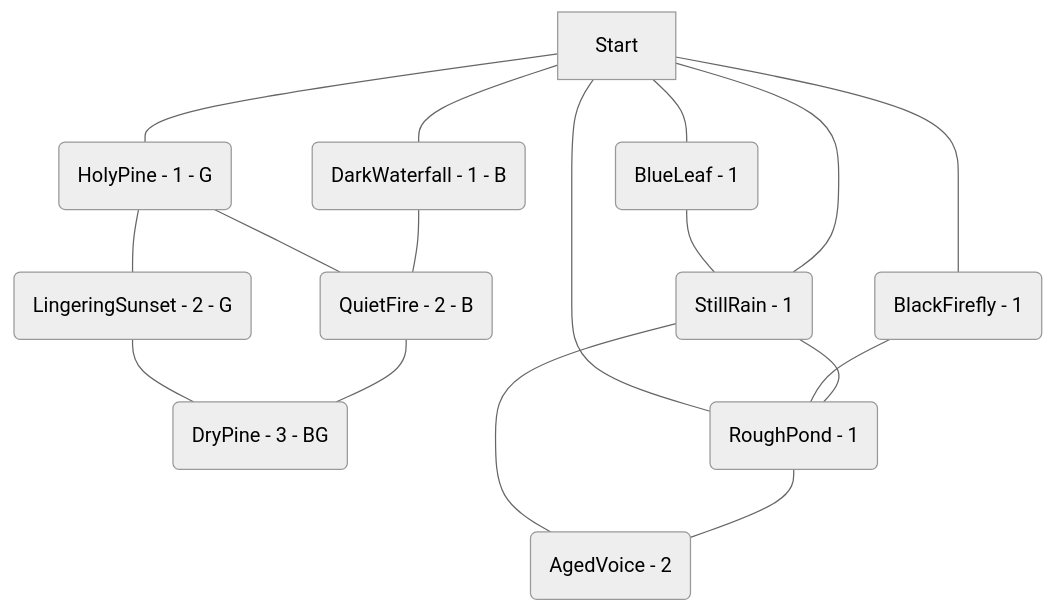
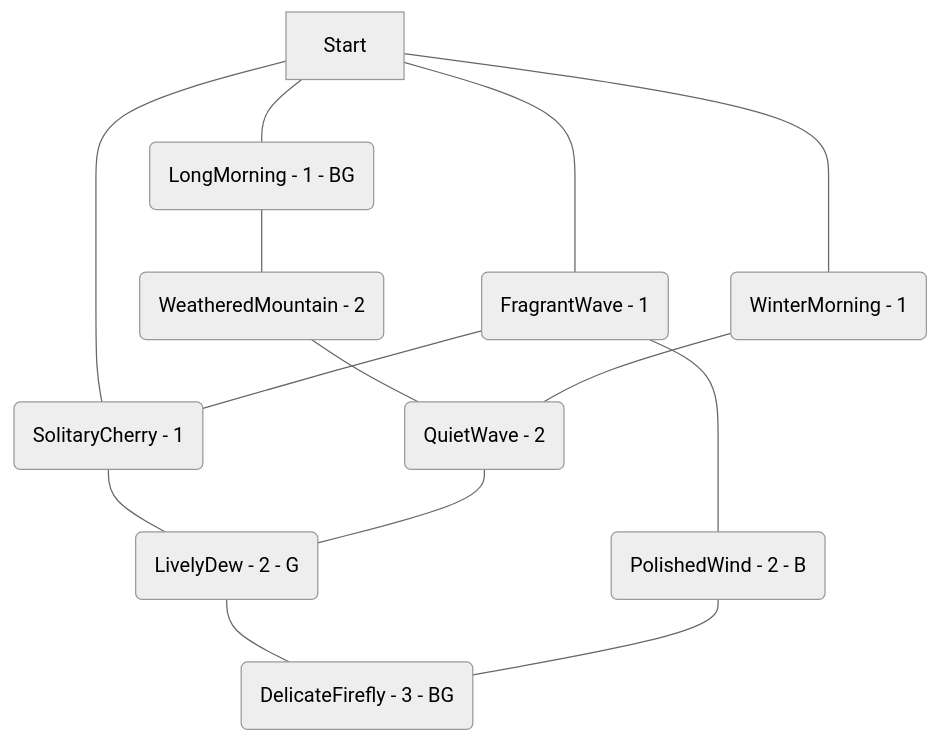
The diagram in examples/005.md (kinostl/Automatic-Liberation-Map), drawn with Mermaid (neutral theme) before and after one commit. The commit also changed other lines of this file and 9 other files, not shown here.

````diff
--- a/examples/005.md
+++ b/examples/005.md
@@ -3,19 +4,16 @@
 ```mermaid  
 flowchart TD  
-	aeUBskSw(LingeringSunset - 2 - G) --- PeZCpAwm(DryPine - 3 - BG)  
-	huzZrxWN(StillRain - 1) --- IQJMhFPE(AgedVoice - 2)  
-	Start --- tPwScMTA(RoughPond - 1)  
-	Start --- nYgteluO(BlueLeaf - 1)  
-	JFxtgAsd(BlackFirefly - 1) --- tPwScMTA(RoughPond - 1)  
-	huzZrxWN(StillRain - 1) --- tPwScMTA(RoughPond - 1)  
-	XtDgvBkx(HolyPine - 1 - G) --- McrLESsx(QuietFire - 2 - B)  
-	McrLESsx(QuietFire - 2 - B) --- PeZCpAwm(DryPine - 3 - BG)  
-	tPwScMTA(RoughPond - 1) --- IQJMhFPE(AgedVoice - 2)  
-	nYgteluO(BlueLeaf - 1) --- huzZrxWN(StillRain - 1)  
-	Start --- JFxtgAsd(BlackFirefly - 1)  
-	Start --- XtDgvBkx(HolyPine - 1 - G)  
-	XtDgvBkx(HolyPine - 1 - G) --- aeUBskSw(LingeringSunset - 2 - G)  
-	PMloWAGR(DarkWaterfall - 1 - B) --- McrLESsx(QuietFire - 2 - B)  
-	Start --- huzZrxWN(StillRain - 1)  
-	Start --- PMloWAGR(DarkWaterfall - 1 - B)  
+	ONByLdhr(LongMorning - 1 - BG) --- OxSbGVlP(WeatheredMountain - 2)  
+	Start --- ViJrTRwb(SolitaryCherry - 1)  
+	Start --- apQGYVPx(WinterMorning - 1)  
+	ViJrTRwb(SolitaryCherry - 1) --- JlbfpjeS(LivelyDew - 2 - G)  
+	OxSbGVlP(WeatheredMountain - 2) --- mTfyEkUd(QuietWave - 2)  
+	LtZlgUId(FragrantWave - 1) --- LchUnayE(PolishedWind - 2 - B)  
+	JlbfpjeS(LivelyDew - 2 - G) --- dPIecVDw(DelicateFirefly - 3 - BG)  
+	Start --- LtZlgUId(FragrantWave - 1)  
+	Start --- ONByLdhr(LongMorning - 1 - BG)  
+	LchUnayE(PolishedWind - 2 - B) --- dPIecVDw(DelicateFirefly - 3 - BG)  
+	LtZlgUId(FragrantWave - 1) --- ViJrTRwb(SolitaryCherry - 1)  
+	apQGYVPx(WinterMorning - 1) --- mTfyEkUd(QuietWave - 2)  
+	mTfyEkUd(QuietWave - 2) --- JlbfpjeS(LivelyDew - 2 - G)  
 ```  
````
